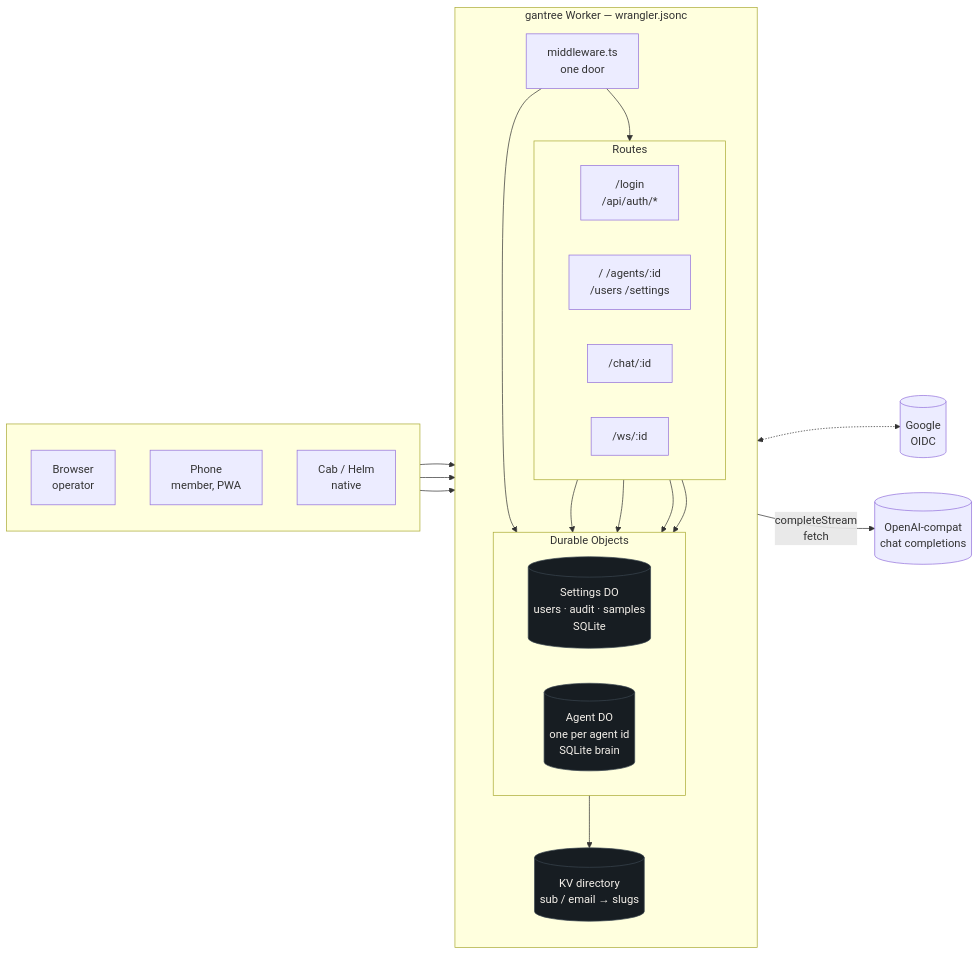
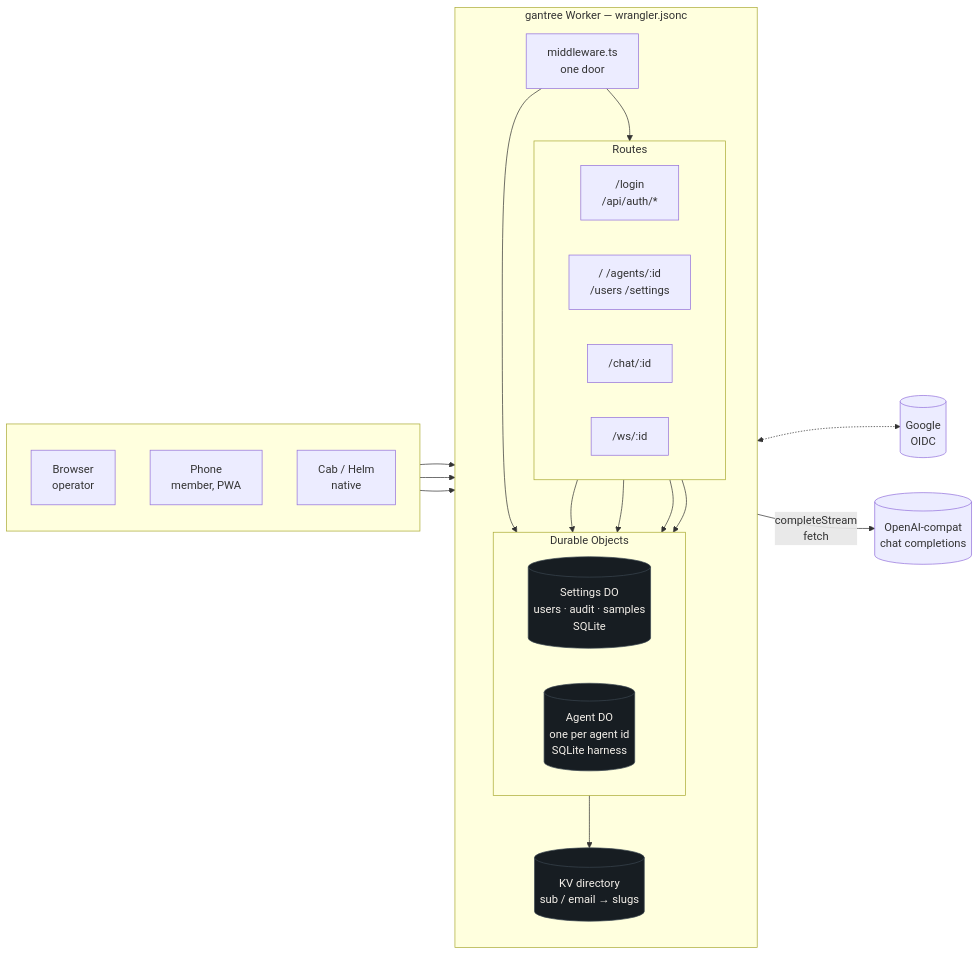
One commit to shotah/gantree2 changed the first of 11 diagrams in docs/architecture.md. Above: the diagram before and after it, drawn with Mermaid. The commit also changed other lines of this file and 689 other files, not shown here.

Commit message:
rename brain to harness

````diff
--- a/docs/architecture.md
+++ b/docs/architecture.md
@@ -28,44 +28,44 @@
 ```mermaid
 flowchart LR
   subgraph people[" "]
     direction TB
     B[Browser<br/>operator]
     P[Phone<br/>member, PWA]
     C[Cab / Helm<br/>native]
   end
 
   subgraph worker["gantree Worker — wrangler.jsonc"]
     direction TB
     MW[middleware.ts<br/>one door]
     subgraph routes["Routes"]
       direction LR
       L["/login<br/>/api/auth/*"]
       S["/  /agents/:id<br/>/users  /settings"]
       CH["/chat/:id"]
       WS["/ws/:id"]
     end
     subgraph dos["Durable Objects"]
       direction LR
       SDO[("Settings DO<br/>users · audit · samples<br/>SQLite")]
-      ADO[("Agent DO<br/>one per agent id<br/>SQLite brain")]
+      ADO[("Agent DO<br/>one per agent id<br/>SQLite harness")]
     end
     KV[("KV directory<br/>sub / email → slugs")]
   end
 
   LLM[(OpenAI-compat<br/>chat completions)]
   G[(Google<br/>OIDC)]
 
   B & P & C --> MW
   MW --> routes
   L <-.-> G
   S --> SDO
   S --> ADO
   CH --> ADO
   WS --> ADO
   MW --> SDO
   SDO --> KV
   ADO -- "completeStream<br/>fetch" --> LLM
 
   classDef store fill:#171d22,stroke:#3a4550,color:#f4f0ea
   class SDO,ADO,KV store
 ```
````
